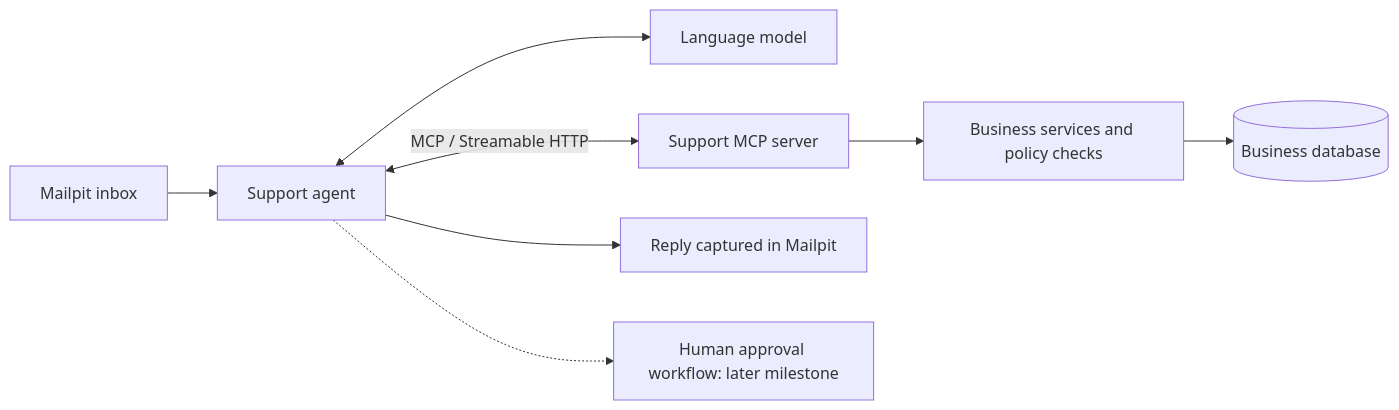
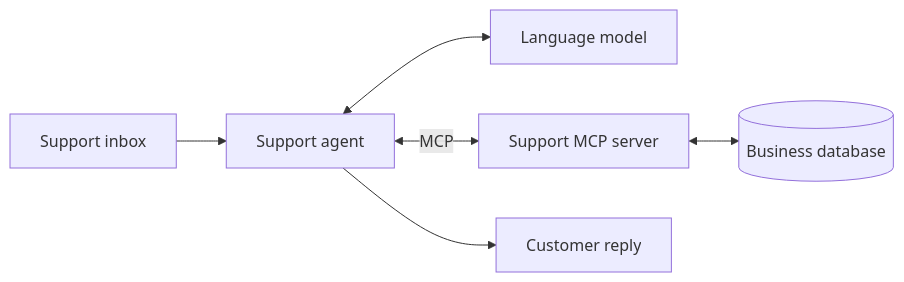
One commit to nihar4154/supportflow-ai changed the diagram in README.md. Above: the diagram before and after it, drawn with Mermaid. The commit also changed other lines of this file, not shown here.

````diff
--- a/README.md
+++ b/README.md
@@ -25,10 +31,8 @@
 ```mermaid
 flowchart LR
-    Inbox[Mailpit inbox] --> Agent[Support agent]
-    Agent <--> Model[Language model]
-    Agent <-->|MCP / Streamable HTTP| MCP[Support MCP server]
-    MCP --> Services[Business services and policy checks]
-    Services --> DB[(Business database)]
-    Agent --> Reply[Reply captured in Mailpit]
-    Agent -.-> Review[Human approval workflow: later milestone]
+    Inbox[Support inbox] --> Agent[Support agent]
+    Agent <--> LLM[Language model]
+    Agent <-->|MCP| Server[Support MCP server]
+    Server <--> DB[(Business database)]
+    Agent --> Reply[Customer reply]
 ```
````
